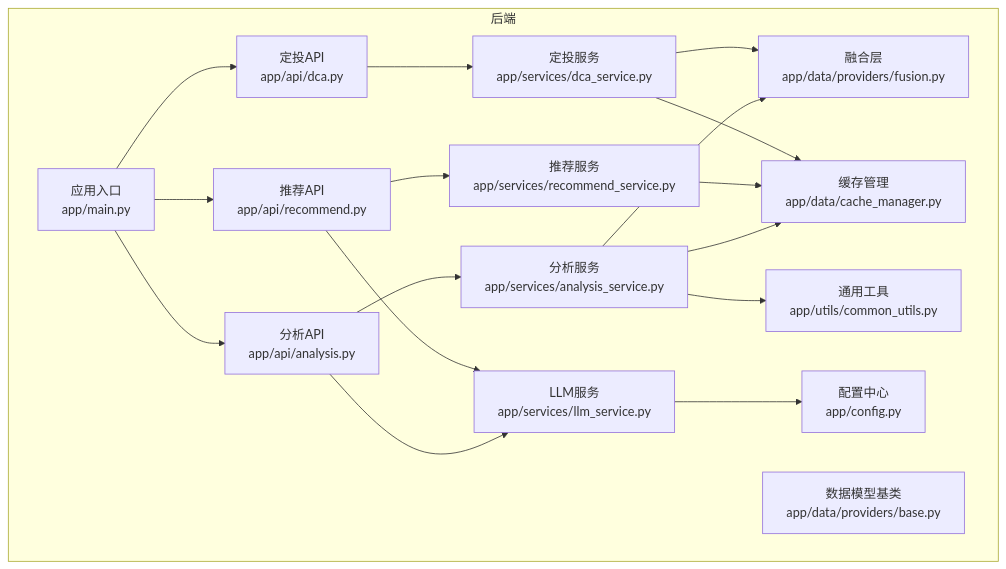
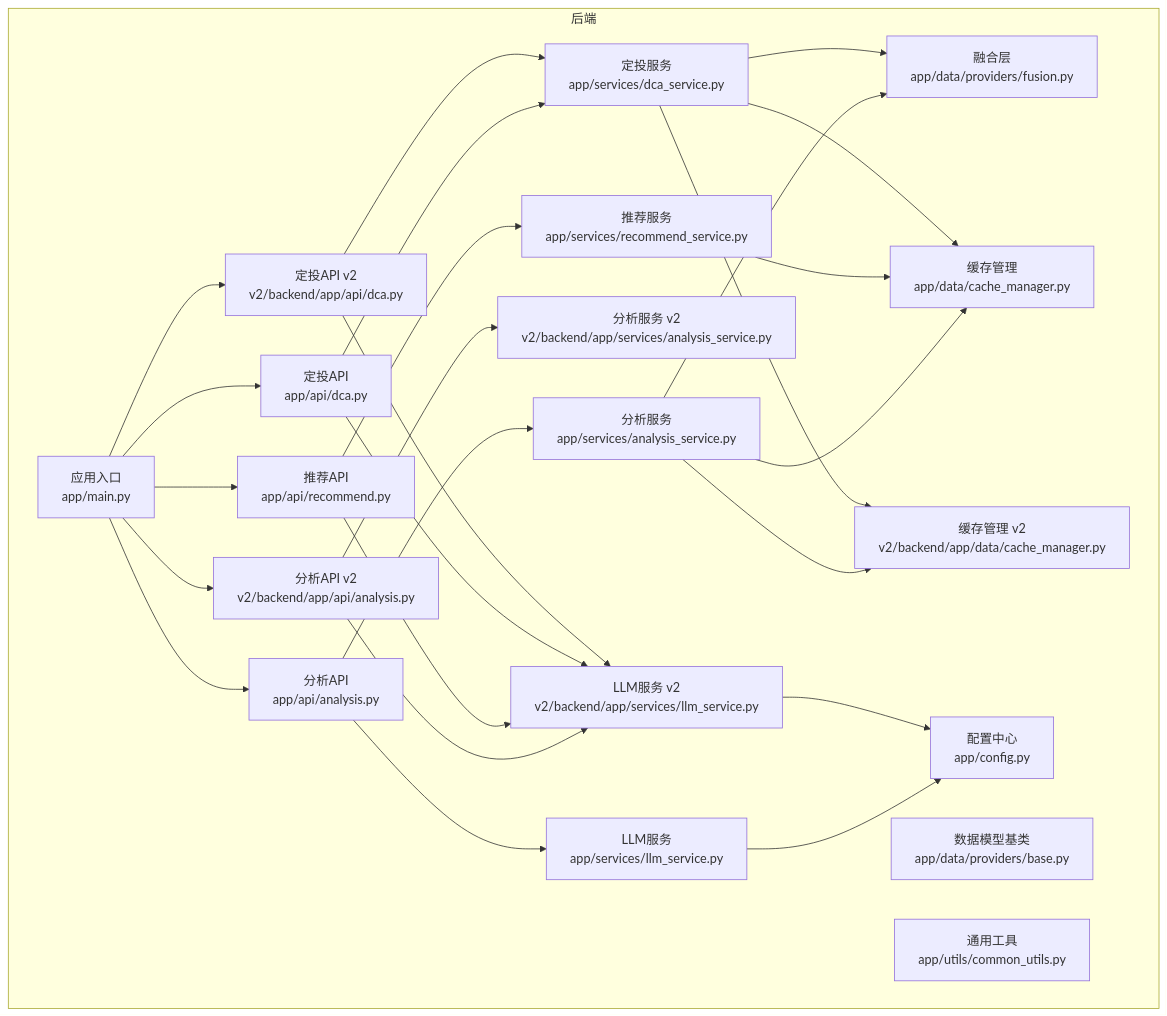
The first of 10 diagrams in .qoder/repowiki/zh/content/核心功能模块/AI分析服务.md (youkell85/FundTrader), drawn with Mermaid before and after one commit. The commit also changed other lines of this file and 11 other files, not shown here.

````diff
--- a/.qoder/repowiki/zh/content/核心功能模块/AI分析服务.md
+++ b/.qoder/repowiki/zh/content/核心功能模块/AI分析服务.md
@@ -45,33 +54,47 @@
 ```mermaid
 graph TB
 subgraph "后端"
 M["应用入口<br/>app/main.py"]
 CFG["配置中心<br/>app/config.py"]
 API_A["分析API<br/>app/api/analysis.py"]
+API_AV2["分析API v2<br/>v2/backend/app/api/analysis.py"]
 API_R["推荐API<br/>app/api/recommend.py"]
 API_D["定投API<br/>app/api/dca.py"]
+API_DV2["定投API v2<br/>v2/backend/app/api/dca.py"]
 SVC_A["分析服务<br/>app/services/analysis_service.py"]
+SVC_AV2["分析服务 v2<br/>v2/backend/app/services/analysis_service.py"]
 SVC_L["LLM服务<br/>app/services/llm_service.py"]
+SVC_LV2["LLM服务 v2<br/>v2/backend/app/services/llm_service.py"]
 SVC_RE["推荐服务<br/>app/services/recommend_service.py"]
 SVC_D["定投服务<br/>app/services/dca_service.py"]
 DATA_F["融合层<br/>app/data/providers/fusion.py"]
 DATA_B["数据模型基类<br/>app/data/providers/base.py"]
 CACHE["缓存管理<br/>app/data/cache_manager.py"]
+CACHEV2["缓存管理 v2<br/>v2/backend/app/data/cache_manager.py"]
 UTIL["通用工具<br/>app/utils/common_utils.py"]
 end
 M --> API_A
+M --> API_AV2
 M --> API_R
 M --> API_D
+M --> API_DV2
 API_A --> SVC_A
 API_A --> SVC_L
+API_AV2 --> SVC_AV2
+API_AV2 --> SVC_LV2
 API_R --> SVC_RE
-API_R --> SVC_L
+API_R --> SVC_LV2
 API_D --> SVC_D
+API_D --> SVC_LV2
+API_DV2 --> SVC_D
+API_DV2 --> SVC_LV2
 SVC_A --> DATA_F
 SVC_A --> CACHE
-SVC_A --> UTIL
+SVC_A --> CACHEV2
 SVC_RE --> CACHE
 SVC_D --> DATA_F
 SVC_D --> CACHE
+SVC_D --> CACHEV2
 SVC_L --> CFG
+SVC_LV2 --> CFG
 ```
````
